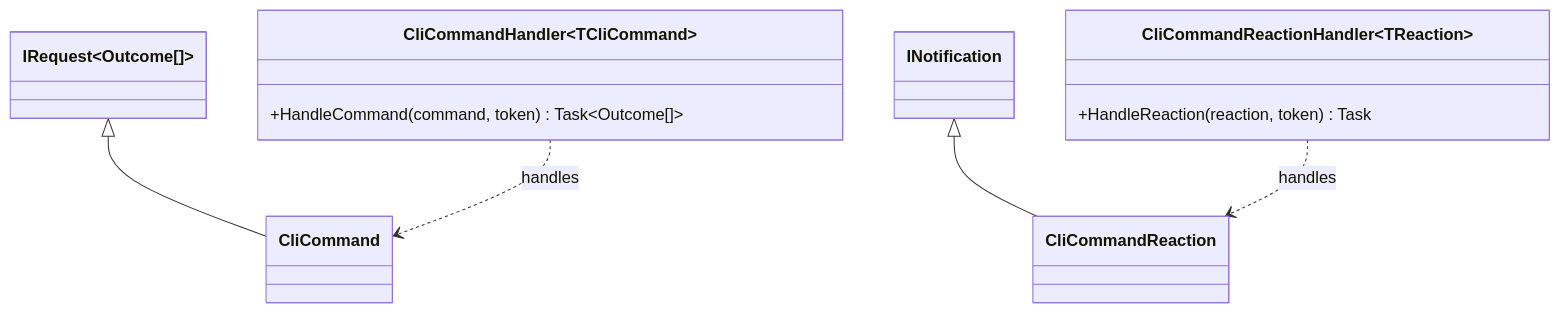
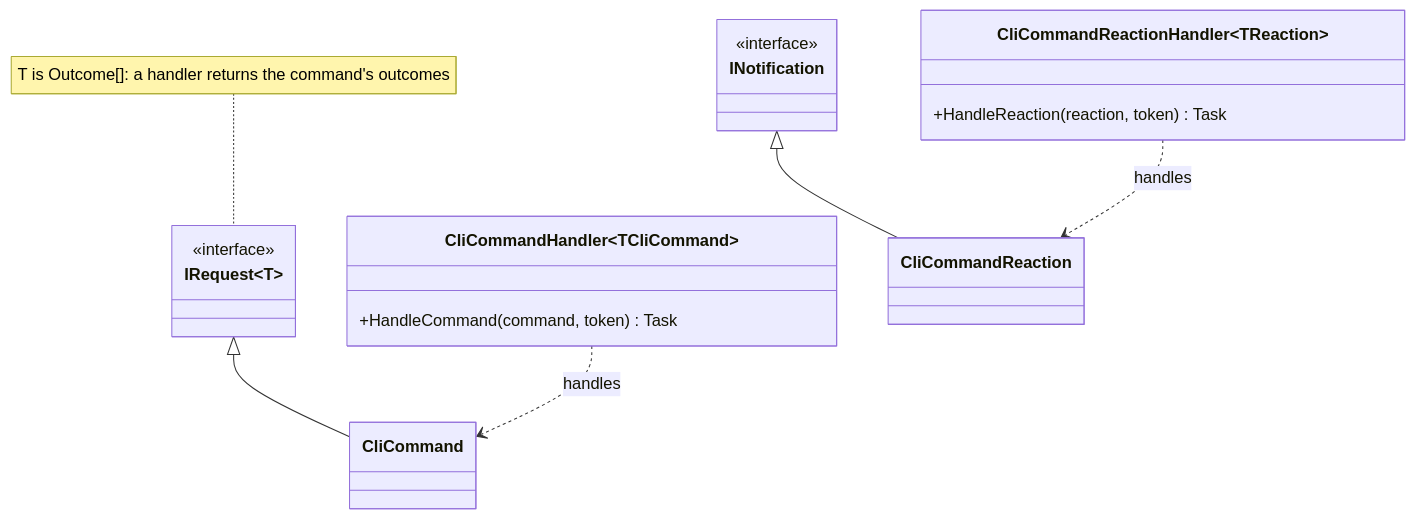
One commit to KitCli/KitCli changed the second of 2 diagrams in docs/technology/mediatr.md. Above: the diagram before and after it, drawn with Mermaid.

Commit message:
docs: simplify the MediatR page's class diagram

````diff
--- a/docs/technology/mediatr.md
+++ b/docs/technology/mediatr.md
@@ -34,17 +34,22 @@
 ```mermaid
 classDiagram
-    class IRequest~Outcome[]~
-    class INotification
+    class IRequest~T~ {
+        <<interface>>
+    }
+    class INotification {
+        <<interface>>
+    }
     class CliCommand
     class CliCommandHandler~TCliCommand~ {
-        +HandleCommand(command, token) Task~Outcome[]~
+        +HandleCommand(command, token) Task
     }
     class CliCommandReaction
     class CliCommandReactionHandler~TReaction~ {
         +HandleReaction(reaction, token) Task
     }
-    IRequest~Outcome[]~ <|-- CliCommand
+    IRequest <|-- CliCommand
     INotification <|-- CliCommandReaction
-    CliCommandHandler~TCliCommand~ ..> CliCommand : handles
-    CliCommandReactionHandler~TReaction~ ..> CliCommandReaction : handles
+    CliCommandHandler ..> CliCommand : handles
+    CliCommandReactionHandler ..> CliCommandReaction : handles
+    note for IRequest "T is Outcome[]: a handler returns the command's outcomes"
 ```
````
